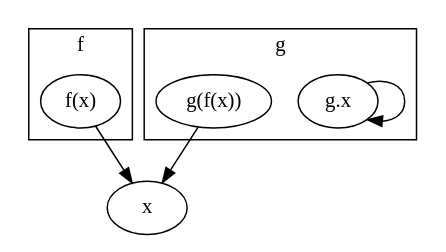
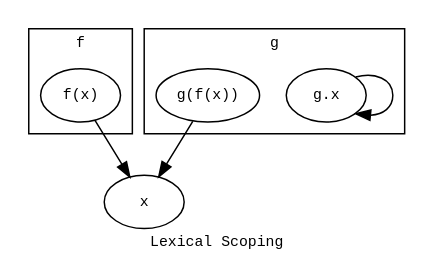
Before and after one commit to rflynn/assume: the diagram in doc/model/graph/scoping-lexical.dot, drawn with Graphviz. The commit also changed 19 other files, not shown here.

Commit message:
edited model. cleaned up inline graphics. added some c99-specific content. trying to figure out how, given a language grammar, we can generate valid snippets of source.

```diff
--- a/doc/model/graph/scoping-lexical.dot
+++ b/doc/model/graph/scoping-lexical.dot
@@ -1,17 +1,20 @@
 // http://www.graphviz.org/Gallery/undirected/fdpclust.html
 
 digraph G {
+  label="Lexical Scoping"
+  graph [fontname="Monospace",fontsize="10"]
+  node [fontname="Monospace",fontsize="10"]
   x
   subgraph cluster0 {
     label="f";
     "f(x)"
   }
   subgraph cluster1 {
     label="g";
     "g.x"
     "g(f(x))"
   }
   "g.x" -> "g.x"
   "f(x)" -> x
   "g(f(x))" -> x 
 }
```
